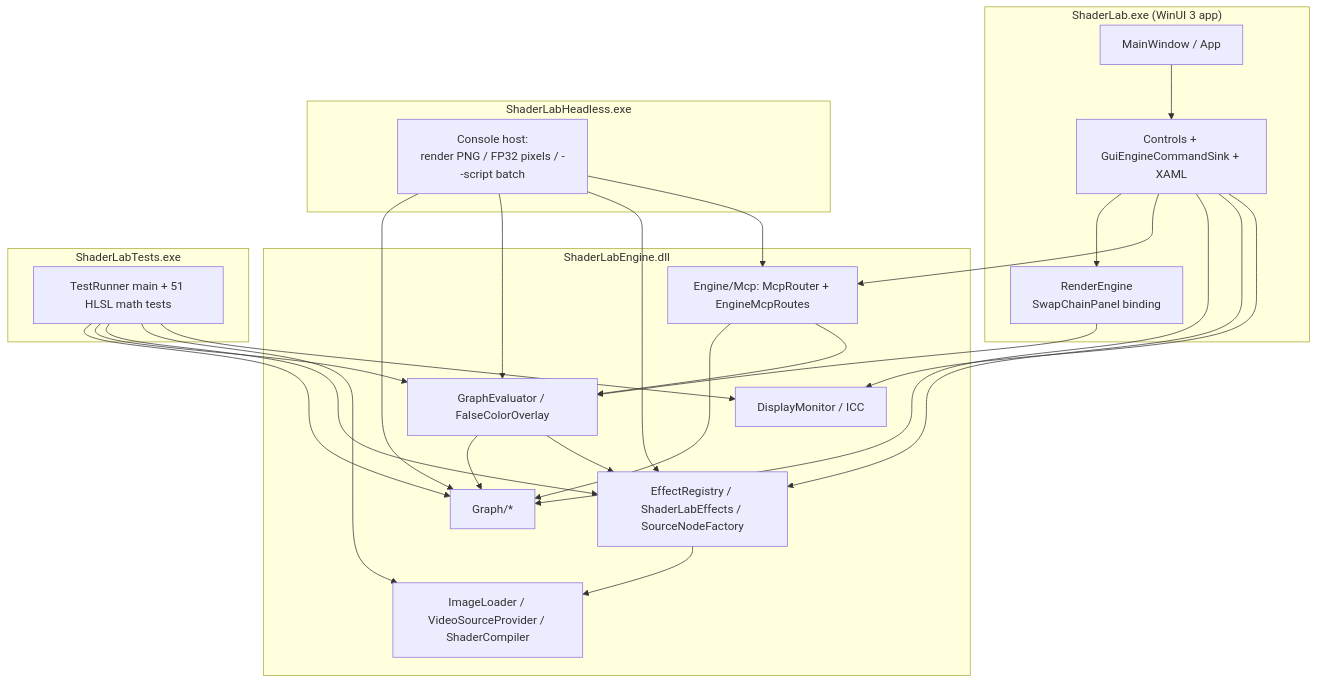
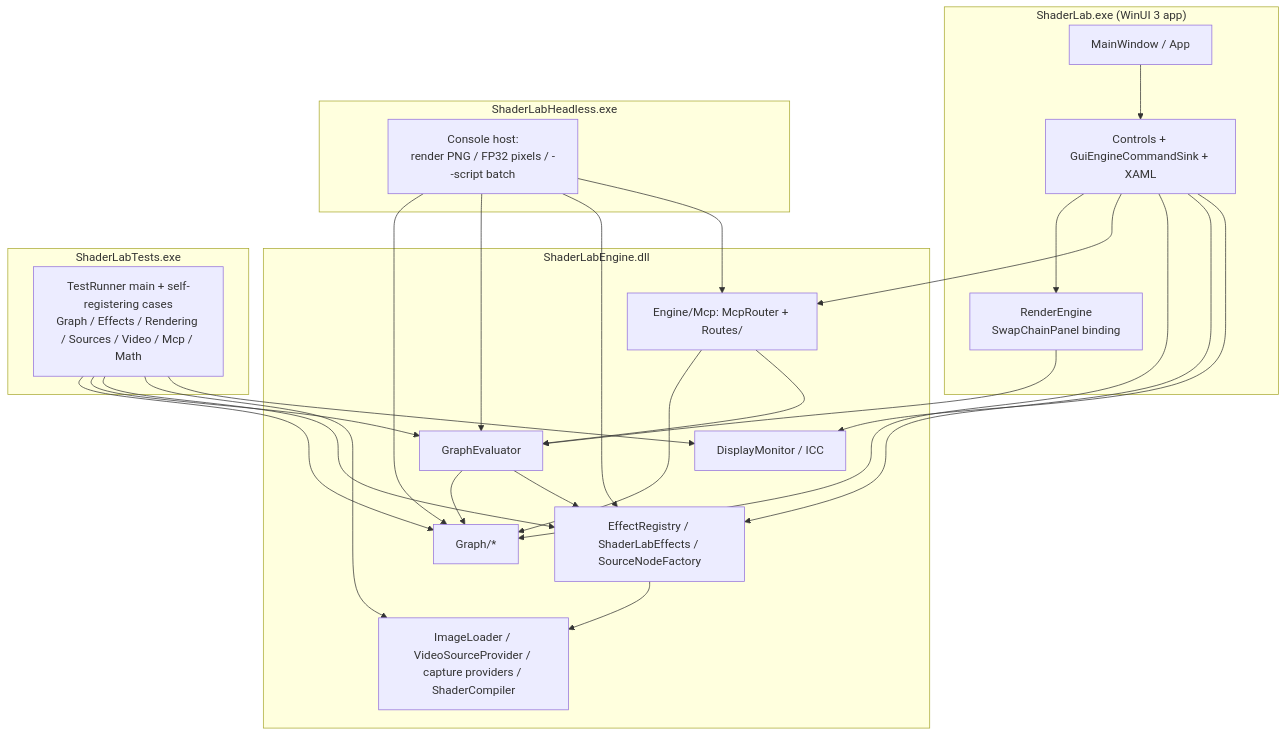
One commit to Spruill-1/ShaderLab changed the diagram in docs/architecture/overview.md. Above: the diagram before and after it, drawn with Mermaid. The commit also changed 356 other files, not shown here.

````diff
--- a/docs/architecture/overview.md
+++ b/docs/architecture/overview.md
@@ -3,47 +3,47 @@
 ```mermaid
 graph TB
     subgraph App["ShaderLab.exe (WinUI 3 app)"]
         MW[MainWindow / App]
         UI[Controls + GuiEngineCommandSink + XAML]
         RE[RenderEngine<br/>SwapChainPanel binding]
     end
 
     subgraph Engine["ShaderLabEngine.dll"]
         EG[Graph/*]
-        EV[GraphEvaluator / FalseColorOverlay]
+        EV[GraphEvaluator]
         FX[EffectRegistry / ShaderLabEffects / SourceNodeFactory]
-        IO[ImageLoader / VideoSourceProvider / ShaderCompiler]
+        IO[ImageLoader / VideoSourceProvider / capture providers / ShaderCompiler]
         MON[DisplayMonitor / ICC]
-        MCP[Engine/Mcp: McpRouter + EngineMcpRoutes]
+        MCP[Engine/Mcp: McpRouter + Routes/]
     end
 
     subgraph Tests["ShaderLabTests.exe"]
-        TR[TestRunner main + 51 HLSL math tests]
+        TR[TestRunner main + self-registering cases<br/>Graph / Effects / Rendering / Sources / Video / Mcp / Math]
     end
 
     subgraph Headless["ShaderLabHeadless.exe"]
         HC[Console host:<br/>render PNG / FP32 pixels / --script batch]
     end
 
     MW --> UI
     UI --> RE
     UI --> MCP
     RE --> EV
     UI --> EG
     UI --> FX
     UI --> MON
     EV --> EG
     EV --> FX
     FX --> IO
     MCP --> EG
     MCP --> EV
     TR --> EG
     TR --> EV
     TR --> FX
     TR --> IO
     TR --> MON
     HC --> EG
     HC --> EV
     HC --> FX
     HC --> MCP
 ```
````
